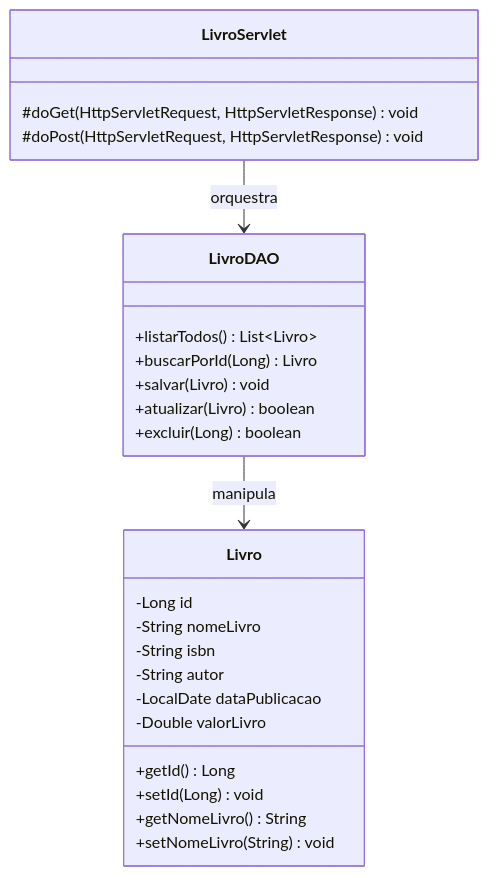
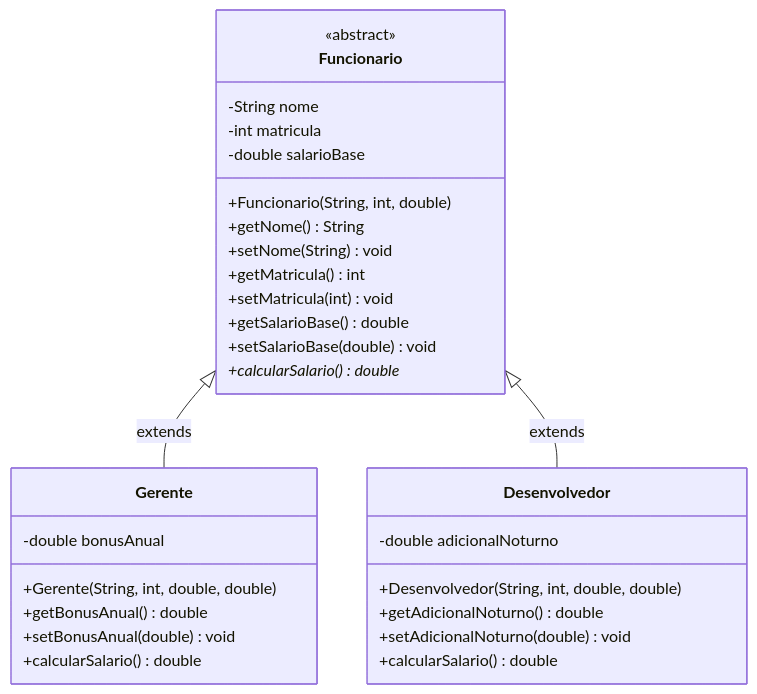
Before and after one commit to murilolol/unifef: diagram 16 of 19 in 3º Semestre/[Prof. Jefferson Passerini] Laboratório de Programação III/Resumos-IA/Caderno-Consolidado.md, drawn with Mermaid. The commit also changed other lines of this file and 40 other files, not shown here.

````diff
--- a/3º Semestre/[Prof. Jefferson Passerini] Laboratório de Programação III/Resumos-IA/Caderno-Consolidado.md
+++ b/3º Semestre/[Prof. Jefferson Passerini] Laboratório de Programação III/Resumos-IA/Caderno-Consolidado.md
@@ -1625,31 +1518,36 @@
 ```mermaid
 classDiagram
-    class Livro {
-        -Long id
-        -String nomeLivro
-        -String isbn
-        -String autor
-        -LocalDate dataPublicacao
-        -Double valorLivro
-        +getId() Long
-        +setId(Long) void
-        +getNomeLivro() String
-        +setNomeLivro(String) void
+    class Funcionario {
+        <<abstract>>
+        -String nome
+        -int matricula
+        -double salarioBase
+        +Funcionario(String, int, double)
+        +getNome() String
+        +setNome(String) void
+        +getMatricula() int
+        +setMatricula(int) void
+        +getSalarioBase() double
+        +setSalarioBase(double) void
+        +calcularSalario()* double
     }
 
-    class LivroDAO {
-        +listarTodos() List~Livro~
-        +buscarPorId(Long) Livro
-        +salvar(Livro) void
-        +atualizar(Livro) boolean
-        +excluir(Long) boolean
+    class Gerente {
+        -double bonusAnual
+        +Gerente(String, int, double, double)
+        +getBonusAnual() double
+        +setBonusAnual(double) void
+        +calcularSalario() double
     }
 
-    class LivroServlet {
-        #doGet(HttpServletRequest, HttpServletResponse) void
-        #doPost(HttpServletRequest, HttpServletResponse) void
+    class Desenvolvedor {
+        -double adicionalNoturno
+        +Desenvolvedor(String, int, double, double)
+        +getAdicionalNoturno() double
+        +setAdicionalNoturno(double) void
+        +calcularSalario() double
     }
 
-    LivroServlet --> LivroDAO : orquestra
-    LivroDAO --> Livro : manipula
+    Funcionario <|-- Gerente : extends
+    Funcionario <|-- Desenvolvedor : extends
 ```
````
